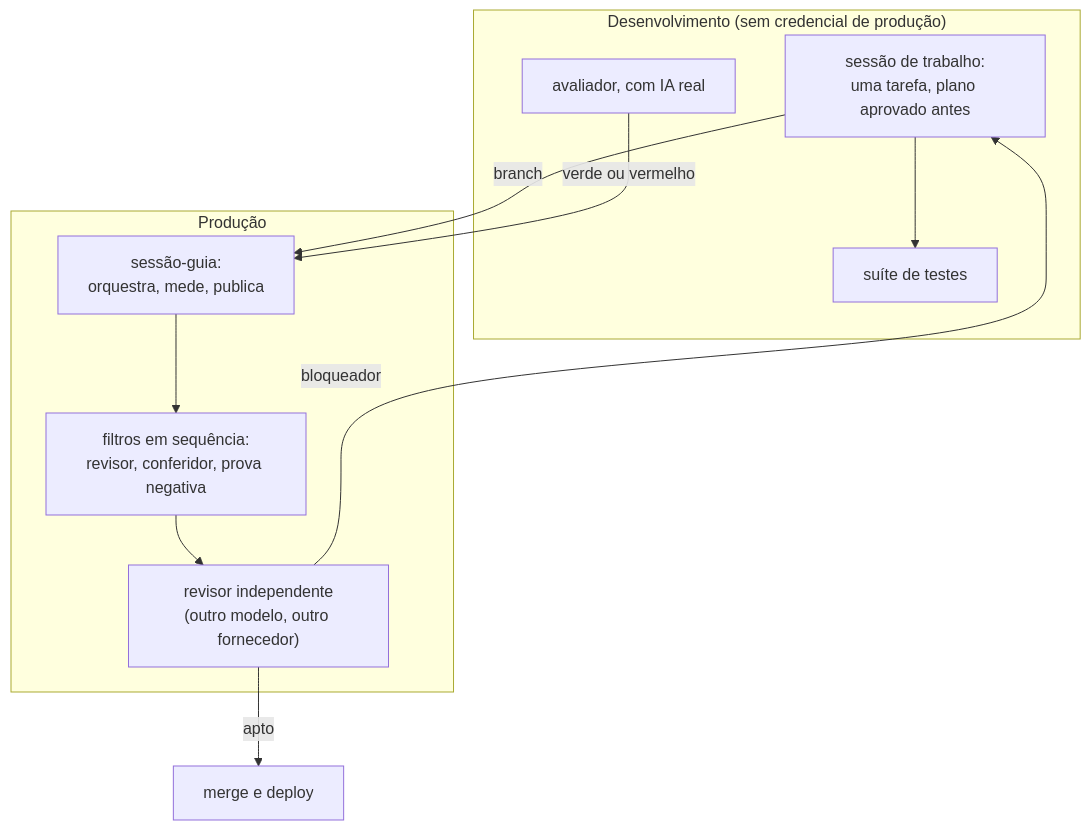
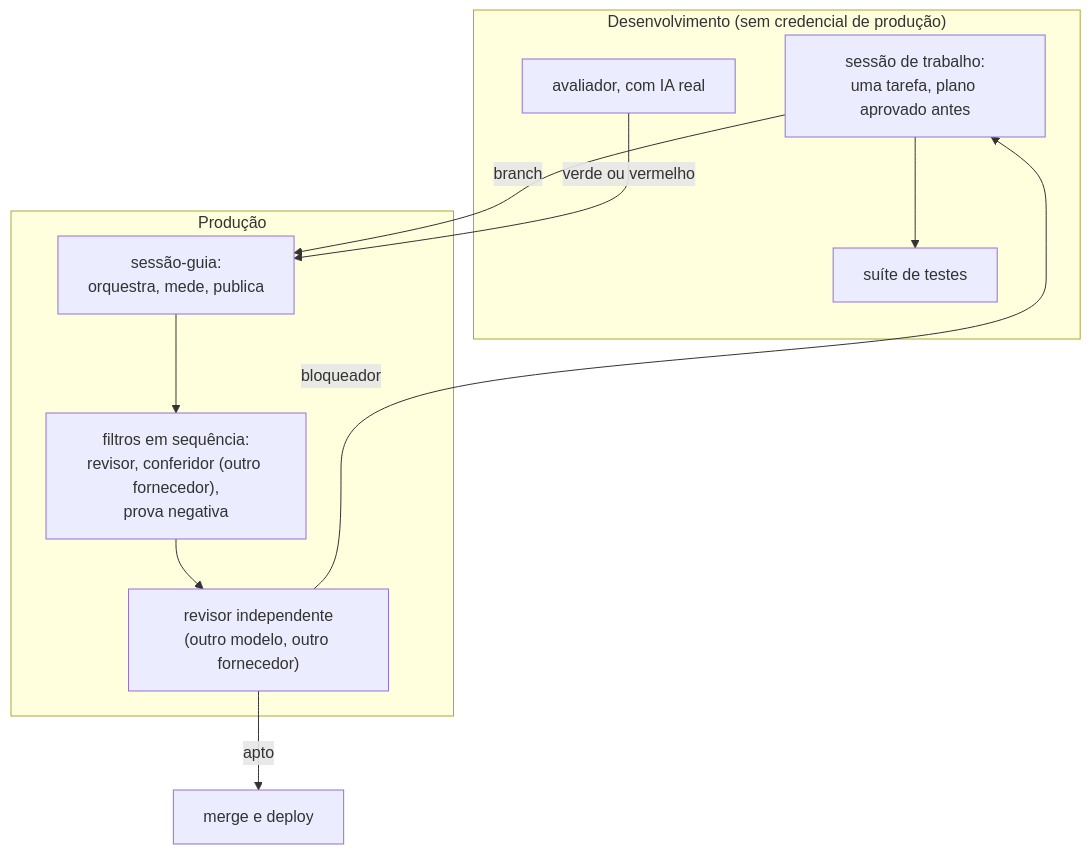
One commit to andrenv14/sofia-agents changed the first of 4 diagrams in README.md. Above: the diagram before and after it, drawn with Mermaid. The commit also changed other lines of this file and 2 other files, not shown here.

````diff
--- a/README.md
+++ b/README.md
@@ -26,19 +26,19 @@
 ```mermaid
 flowchart TB
     subgraph DEV["Desenvolvimento (sem credencial de produção)"]
         FATIA["sessão de trabalho:<br/>uma tarefa, plano aprovado antes"]
         SUITE["suíte de testes"]
         EVAL["avaliador, com IA real"]
     end
     subgraph PROD["Produção"]
         GUIA["sessão-guia:<br/>orquestra, mede, publica"]
-        FILTROS["filtros em sequência:<br/>revisor, conferidor, prova negativa"]
+        FILTROS["filtros em sequência:<br/>revisor, conferidor (outro fornecedor),<br/>prova negativa"]
         CODEX["revisor independente<br/>(outro modelo, outro fornecedor)"]
     end
     FATIA --> SUITE
     FATIA -->|"branch"| GUIA
     GUIA --> FILTROS --> CODEX
     CODEX -->|"bloqueador"| FATIA
     CODEX -->|"apto"| MERGE["merge e deploy"]
     EVAL -->|"verde ou vermelho"| GUIA
 ```
````
